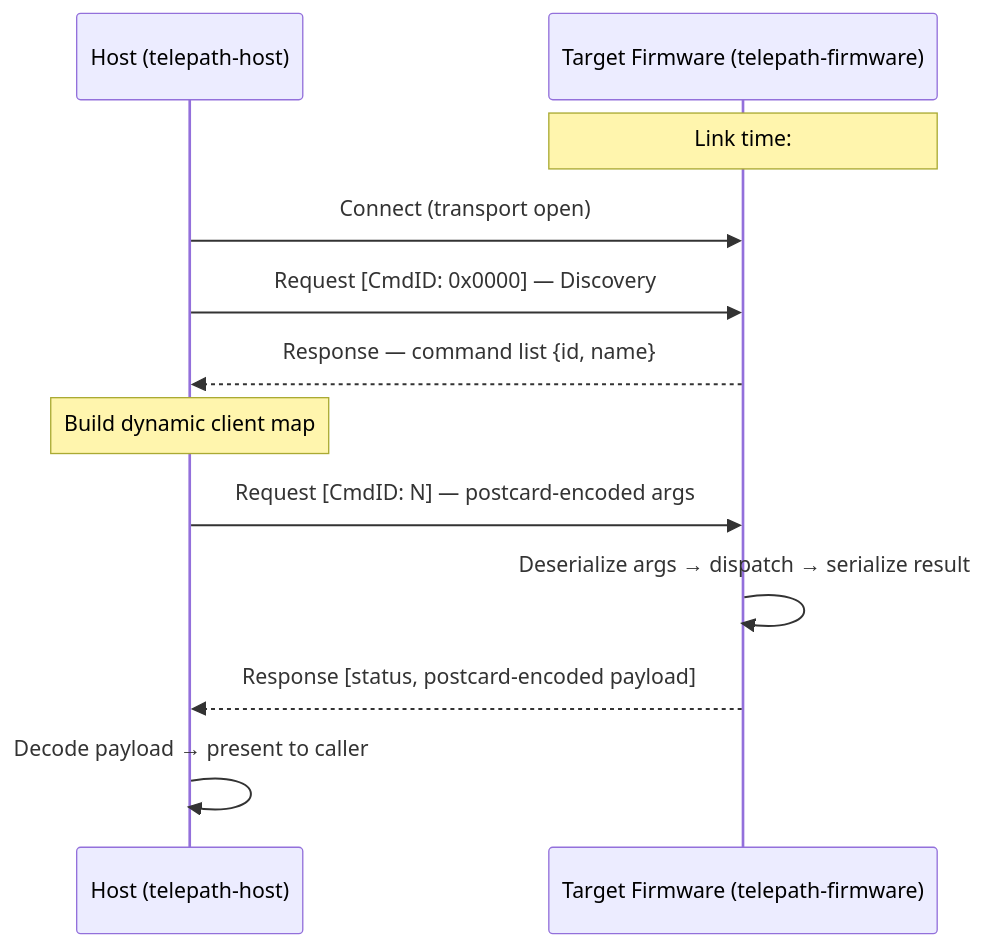
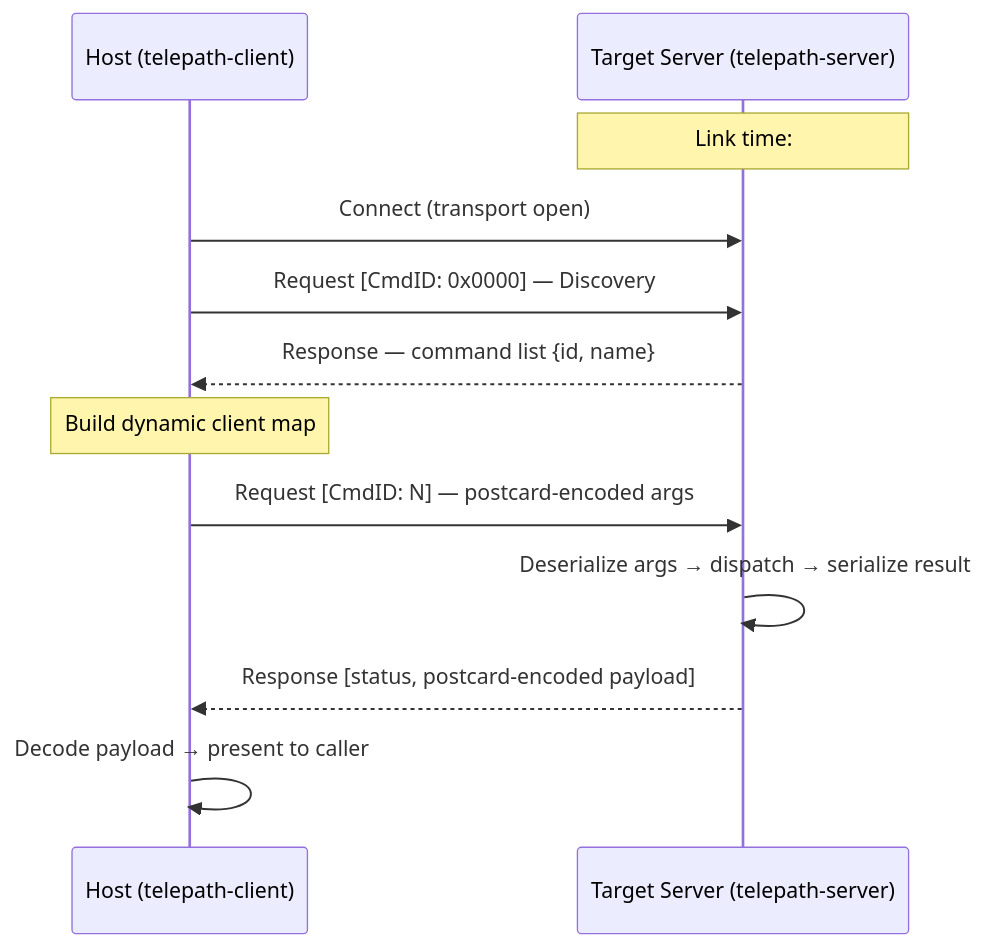
Before and after one commit to tarotene/telepath: the diagram in README.md, drawn with Mermaid. The commit also changed other lines of this file and 65 other files, not shown here.

Commit message:
feat!: role-based rename — server/client, flat layout, workspace consolidation (#32)

````diff
--- a/README.md
+++ b/README.md
@@ -12,17 +12,17 @@
 ```mermaid
 sequenceDiagram
-    participant H as Host (telepath-host)
-    participant T as Target Firmware (telepath-firmware)
+    participant H as Host (telepath-client)
+    participant T as Target Server (telepath-server)
 
     Note over T: Link time: #[command] collects CommandMetadata
     H->>T: Connect (transport open)
     H->>T: Request [CmdID: 0x0000] — Discovery
     T-->>H: Response — command list {id, name}
 
     Note over H: Build dynamic client map
 
     H->>T: Request [CmdID: N] — postcard-encoded args
     T->>T: Deserialize args → dispatch → serialize result
     T-->>H: Response [status, postcard-encoded payload]
     H->>H: Decode payload → present to caller
 ```
````
